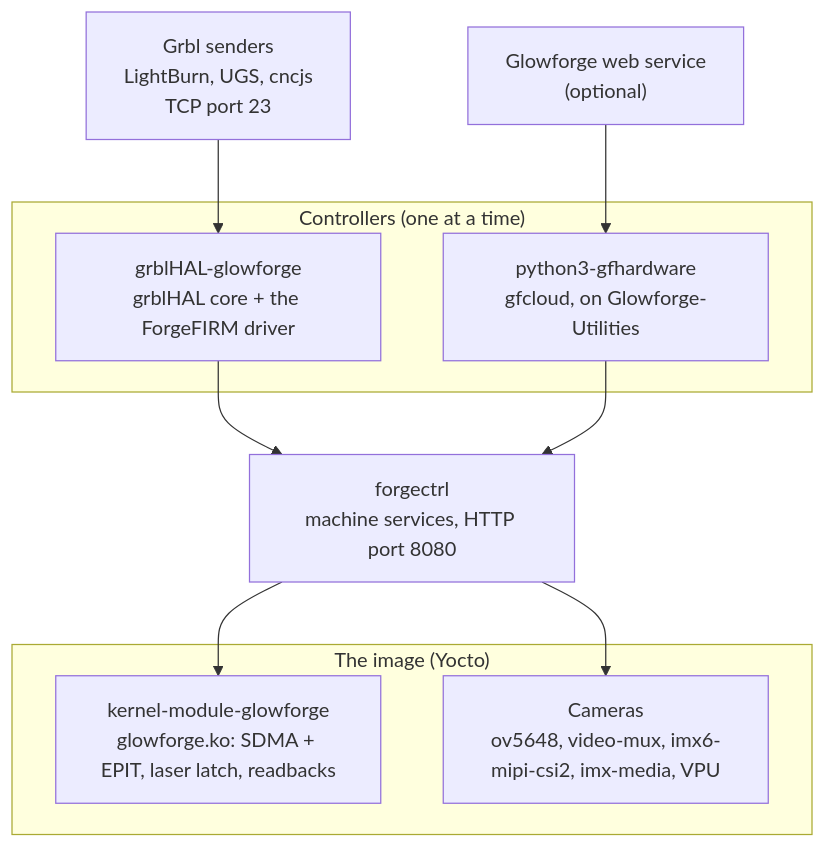
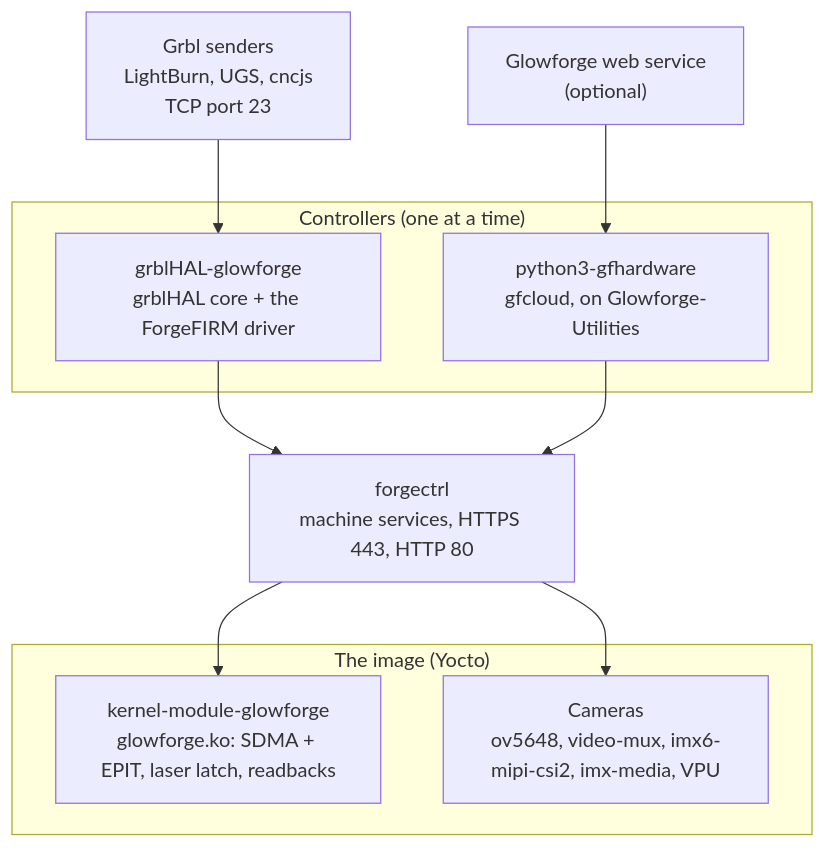
Before and after one commit to openglow-org/forgefirm-docs: the diagram in docs/developers/index.md, drawn with Mermaid. The commit also changed other lines of this file and 39 other files, not shown here.

````diff
--- a/docs/developers/index.md
+++ b/docs/developers/index.md
@@ -46,20 +46,20 @@
 ```mermaid
 graph TD
     senders["Grbl senders<br>LightBurn, UGS, cncjs<br>TCP port 23"]
     service["Glowforge web service<br>(optional)"]
     subgraph controllers["Controllers (one at a time)"]
         grbl["grblHAL-glowforge<br>grblHAL core + the ForgeFIRM driver"]
         gfcloud["python3-gfhardware<br>gfcloud, on Glowforge-Utilities"]
     end
-    forgectrl["forgectrl<br>machine services, HTTP port 8080"]
+    forgectrl["forgectrl<br>machine services, HTTPS 443, HTTP 80"]
     subgraph image["The image (Yocto)"]
         ko["kernel-module-glowforge<br>glowforge.ko: SDMA + EPIT, laser latch, readbacks"]
         cams["Cameras<br>ov5648, video-mux, imx6-mipi-csi2, imx-media, VPU"]
     end
     senders --> grbl
     service --> gfcloud
     grbl --> forgectrl
     gfcloud --> forgectrl
     forgectrl --> ko
     forgectrl --> cams
 ```
````
